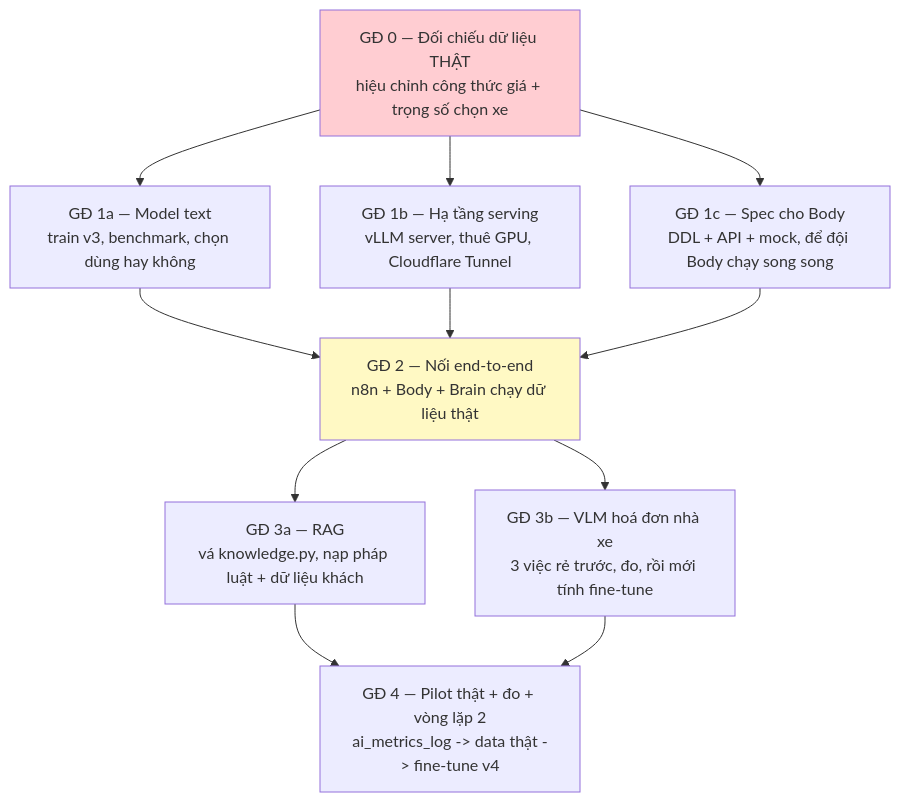
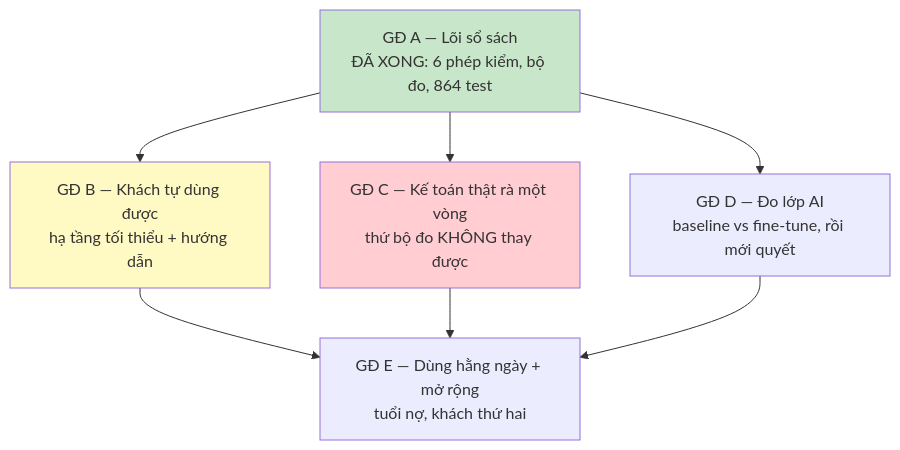
The diagram in ROADMAP.md (PCBoiz/ANSER_AI), drawn with Mermaid before and after one commit. The commit also changed other lines of this file, not shown here.

First line of the commit message:
docs(roadmap): viet lai quanh ke toan — ban cu chan o mot cong khach khong co chia

````diff
--- a/ROADMAP.md
+++ b/ROADMAP.md
@@ -28,21 +58,16 @@
 ```mermaid
 flowchart TD
-    P0["GĐ 0 — Đối chiếu dữ liệu THẬT<br/>hiệu chỉnh công thức giá + trọng số chọn xe"]
+    A["GĐ A — Lõi sổ sách<br/>ĐÃ XONG: 6 phép kiểm, bộ đo, 864 test"]
 
-    P0 --> P1A["GĐ 1a — Model text<br/>train v3, benchmark, chọn dùng hay không"]
-    P0 --> P1B["GĐ 1b — Hạ tầng serving<br/>vLLM server, thuê GPU, Cloudflare Tunnel"]
-    P0 --> P1C["GĐ 1c — Spec cho Body<br/>DDL + API + mock, để đội Body chạy song song"]
+    A --> B["GĐ B — Khách tự dùng được<br/>hạ tầng tối thiểu + hướng dẫn"]
+    A --> C["GĐ C — Kế toán thật rà một vòng<br/>thứ bộ đo KHÔNG thay được"]
+    A --> D["GĐ D — Đo lớp AI<br/>baseline vs fine-tune, rồi mới quyết"]
 
-    P1A --> P2["GĐ 2 — Nối end-to-end<br/>n8n + Body + Brain chạy dữ liệu thật"]
-    P1B --> P2
-    P1C --> P2
+    B --> E["GĐ E — Dùng hằng ngày + mở rộng<br/>tuổi nợ, khách thứ hai"]
+    C --> E
+    D --> E
 
-    P2 --> P3A["GĐ 3a — RAG<br/>vá knowledge.py, nạp pháp luật + dữ liệu khách"]
-    P2 --> P3B["GĐ 3b — VLM hoá đơn nhà xe<br/>3 việc rẻ trước, đo, rồi mới tính fine-tune"]
-
-    P3A --> P4["GĐ 4 — Pilot thật + đo + vòng lặp 2<br/>ai_metrics_log -> data thật -> fine-tune v4"]
-    P3B --> P4
-
-    style P0 fill:#ffcdd2
-    style P2 fill:#fff9c4
+    style A fill:#c8e6c9
+    style C fill:#ffcdd2
+    style B fill:#fff9c4
 ```
````
